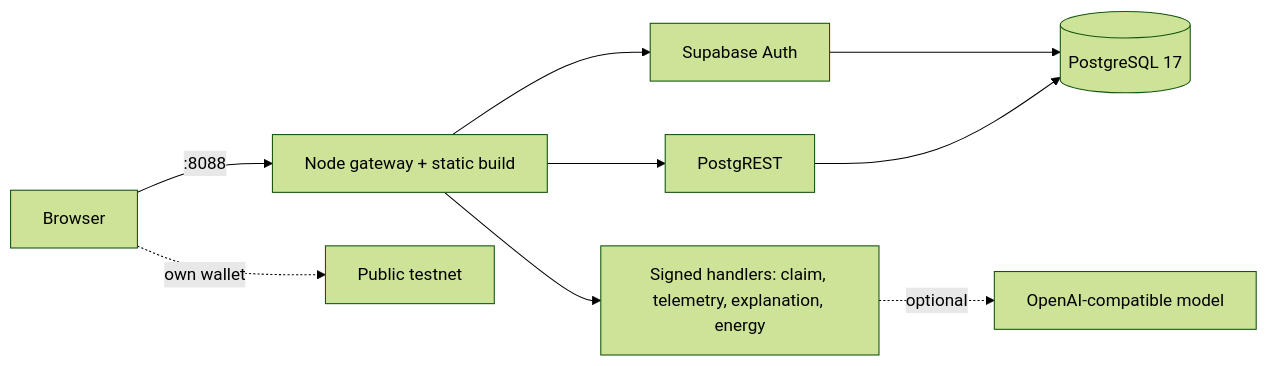
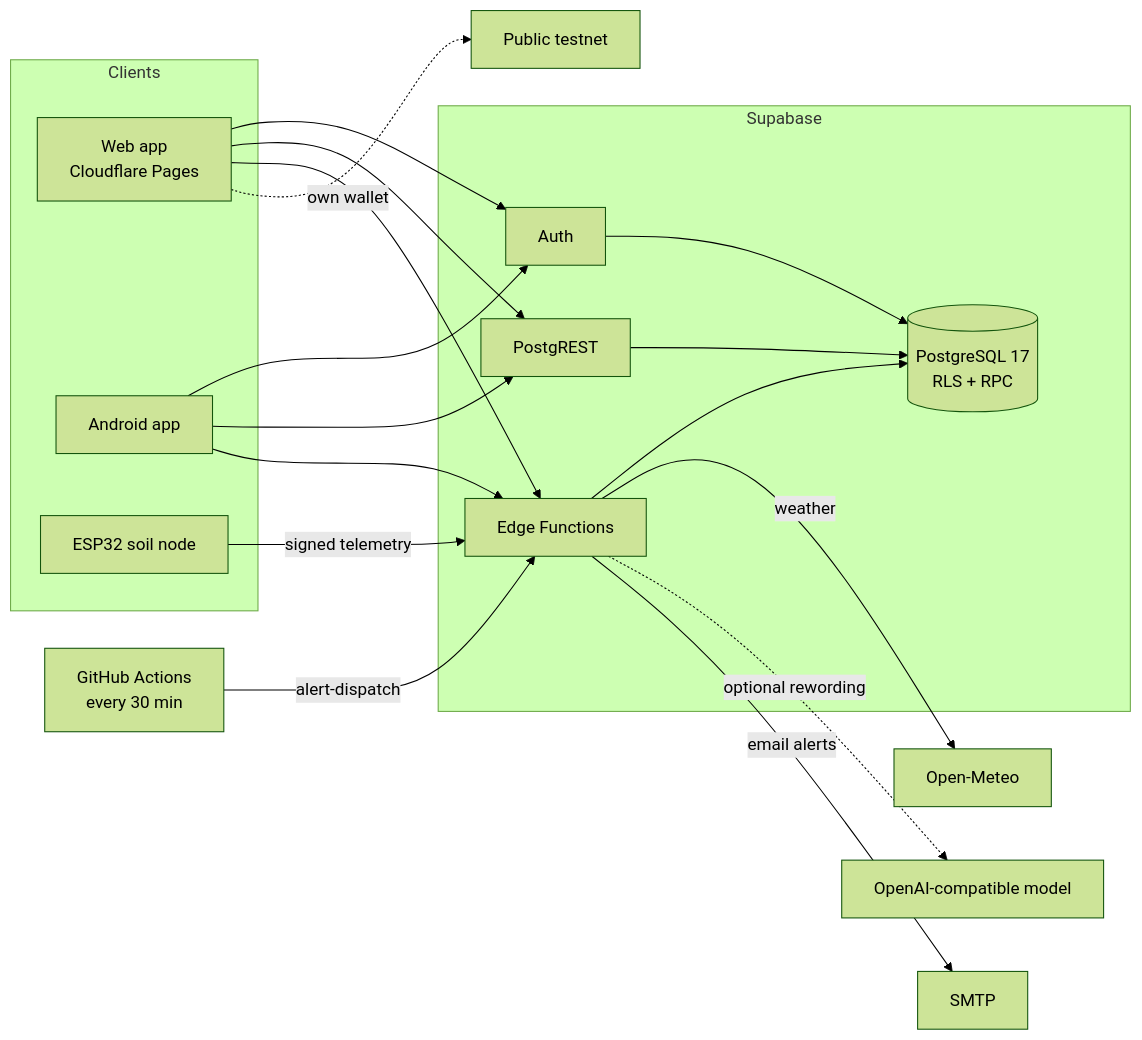
The diagram in README.md (Maliq-dlt/Smart-Argo), drawn with Mermaid (forest theme) before and after one commit. The commit also changed other lines of this file and 13 other files, not shown here.

````diff
--- a/README.md
+++ b/README.md
@@ -58,11 +78,25 @@
 ```mermaid
 flowchart LR
-    Browser -->|:8088| Gateway[Node gateway + static build]
-    Gateway --> Auth[Supabase Auth]
-    Gateway --> REST[PostgREST]
-    Gateway --> Handlers[Signed handlers: claim, telemetry, explanation, energy]
-    Handlers -.optional.-> AI[OpenAI-compatible model]
-    Auth --> DB[(PostgreSQL 17)]
+    subgraph Clients
+        Web[Web app<br/>Cloudflare Pages]
+        App[Android app]
+        Node[ESP32 soil node]
+    end
+    subgraph Supabase
+        Auth[Auth]
+        REST[PostgREST]
+        Fn[Edge Functions]
+        DB[(PostgreSQL 17<br/>RLS + RPC)]
+    end
+    Web --> Auth & REST & Fn
+    App --> Auth & REST & Fn
+    Node -->|signed telemetry| Fn
+    Auth --> DB
     REST --> DB
-    Browser -.own wallet.-> Chain[Public testnet]
+    Fn --> DB
+    Fn -->|weather| Meteo[Open-Meteo]
+    Fn -.->|optional rewording| AI[OpenAI-compatible model]
+    Cron[GitHub Actions<br/>every 30 min] -->|alert-dispatch| Fn
+    Fn -->|email alerts| SMTP[SMTP]
+    Web -.->|own wallet| Chain[Public testnet]
 ```
````
